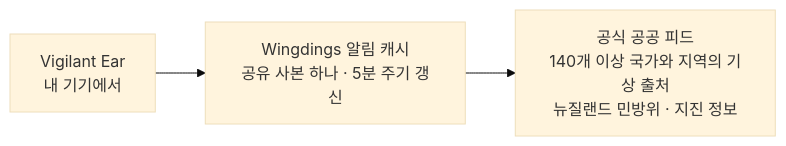
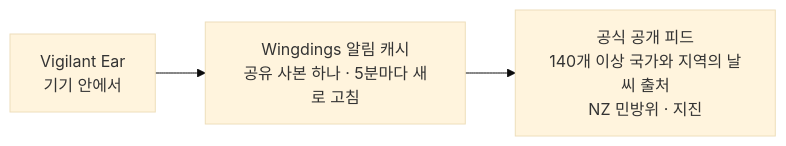
The fourth of 4 diagrams in README_ko.md (rpalm01-star/VigilantEarLegal), drawn with Mermaid (base theme) before and after one commit. The commit also changed other lines of this file and 14 other files, not shown here.

````diff
--- a/README_ko.md
+++ b/README_ko.md
@@ -182,5 +201,5 @@
 ```mermaid
 graph LR
-    P1["Vigilant Ear<br/>내 기기에서"] --> W["Wingdings 알림 캐시<br/>공유 사본 하나 · 5분 주기 갱신"]
-    W --> N["공식 공공 피드<br/>140개 이상 국가와 지역의 기상 출처<br/>뉴질랜드 민방위 · 지진 정보"]
+    P1["Vigilant Ear<br/>기기 안에서"] --> W["Wingdings 알림 캐시<br/>공유 사본 하나 · 5분마다 새로 고침"]
+    W --> N["공식 공개 피드<br/>140개 이상 국가와 지역의 날씨 출처<br/>NZ 민방위 · 지진"]
 ```
````
